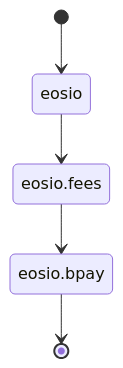
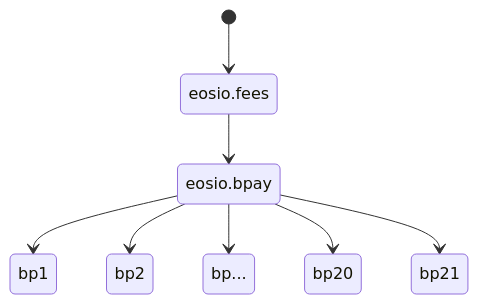
The diagram in README.md (eosnetworkfoundation/eosio.bpay), drawn with Mermaid before and after one commit.

Commit message:
Update mermaid

````diff
--- a/README.md
+++ b/README.md
@@ -7,7 +7,10 @@
 ```mermaid
 stateDiagram-v2
-    [*] --> eosio
-    eosio --> eosio.fees
+    [*] --> eosio.fees
     eosio.fees --> eosio.bpay
-    eosio.bpay --> [*]
+    eosio.bpay --> bp1
+    eosio.bpay --> bp2
+    eosio.bpay --> bp...
+    eosio.bpay --> bp20
+    eosio.bpay --> bp21
 ```
````
